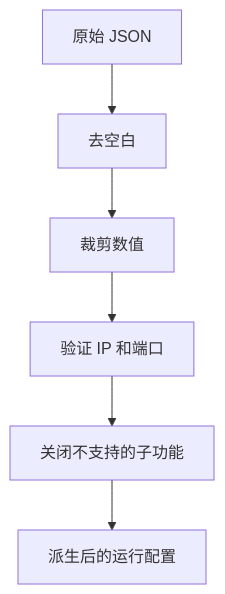
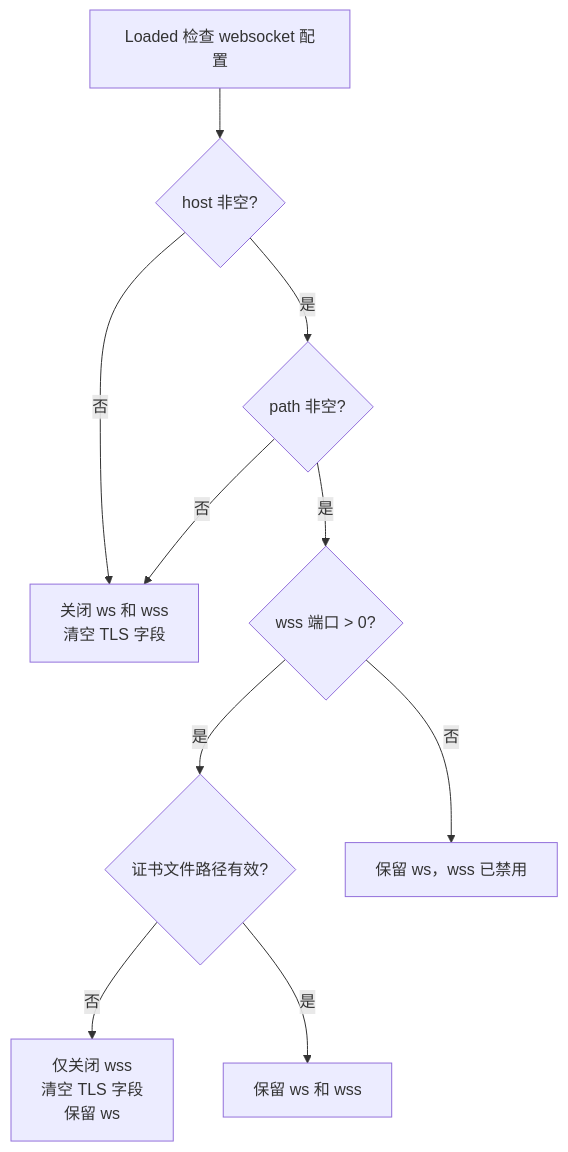
Before and after one commit to HyacinthHaru/openppp2: the fifth of 7 diagrams in docs/CONFIGURATION_CN.md, drawn with Mermaid. The commit also changed other lines of this file and 93 other files, not shown here.

````diff
--- a/docs/CONFIGURATION_CN.md
+++ b/docs/CONFIGURATION_CN.md
@@ -161,8 +417,12 @@
 ```mermaid
 flowchart TD
-    A[原始 JSON] --> B[去空白]
-    B --> C[裁剪数值]
-    C --> D[验证 IP 和端口]
-    D --> E[关闭不支持的子功能]
-    E --> F[派生后的运行配置]
+    A[Loaded 检查 websocket 配置] --> B{host 非空?}
+    B -->|否| C[关闭 ws 和 wss\n清空 TLS 字段]
+    B -->|是| D{path 非空?}
+    D -->|否| C
+    D -->|是| E{wss 端口 > 0?}
+    E -->|是| F{证书文件路径有效?}
+    F -->|否| G[仅关闭 wss\n清空 TLS 字段\n保留 ws]
+    F -->|是| H[保留 ws 和 wss]
+    E -->|否| I[保留 ws，wss 已禁用]
 ```
````
